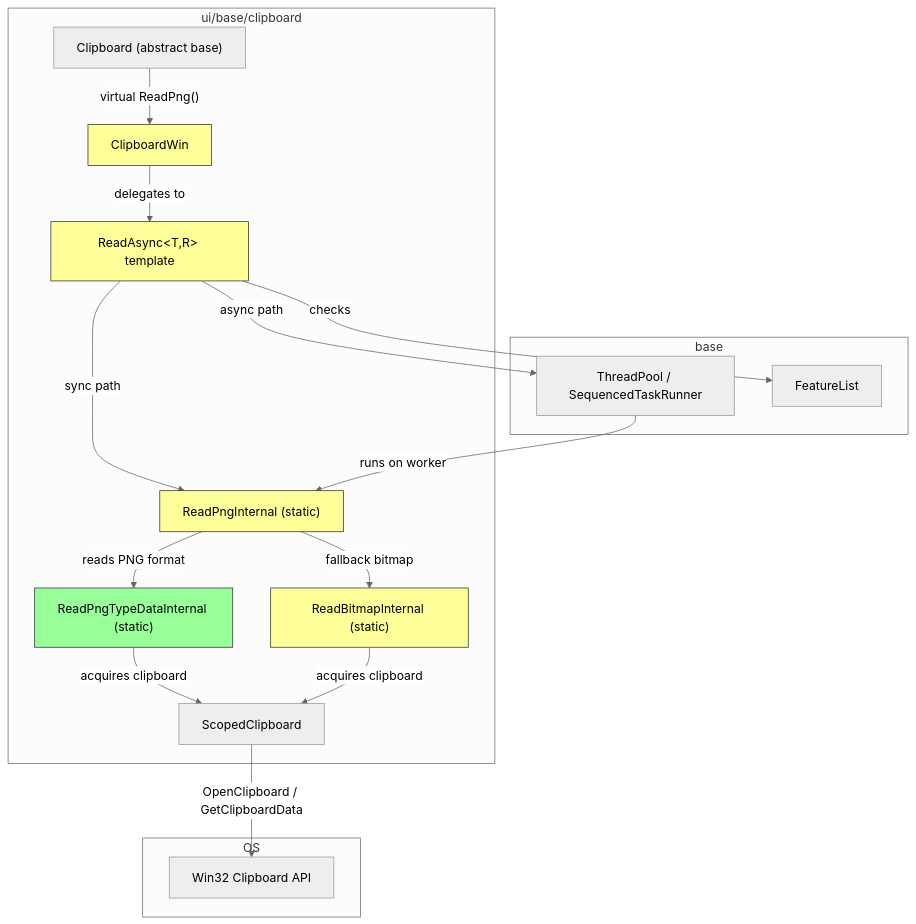
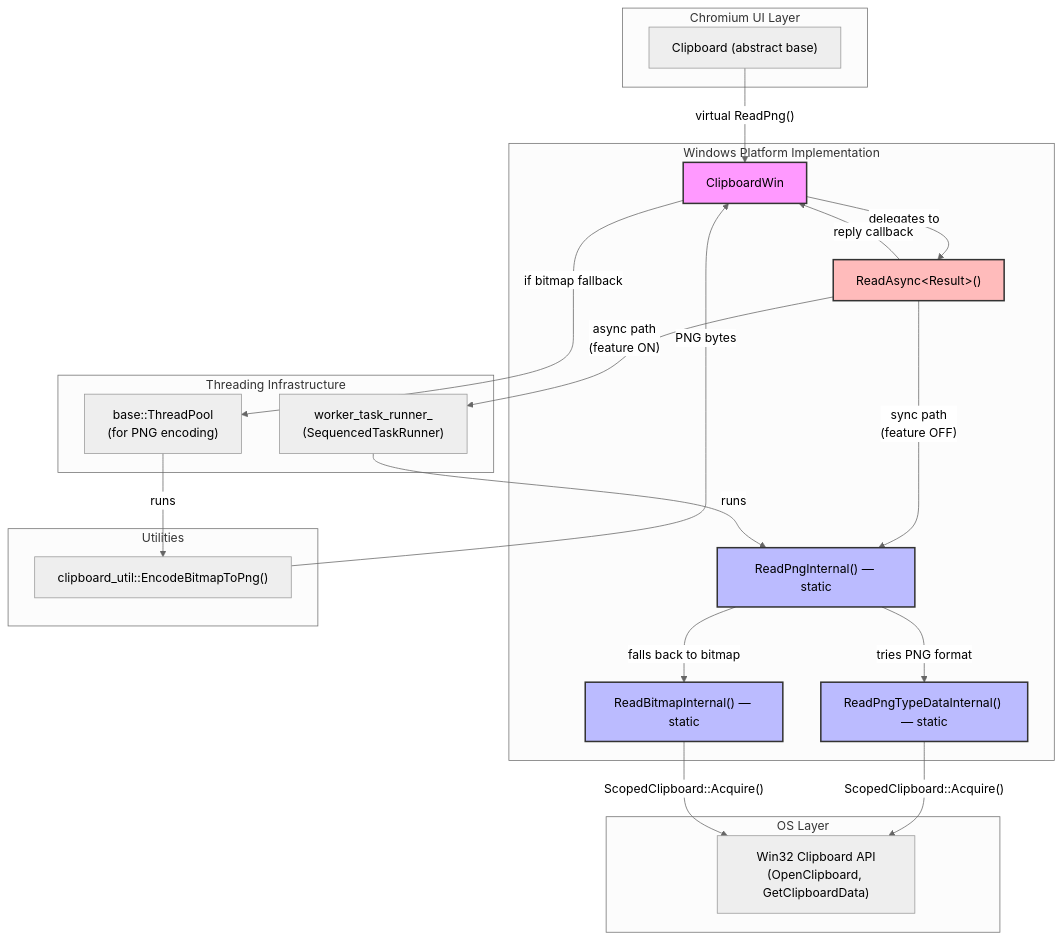
The first of 6 diagrams in fixes/cl-7578053-20260220/hld.md (roraja/cr-llm-docs), drawn with Mermaid (neutral theme) before and after one commit. The commit also changed other lines of this file, not shown here.

````diff
--- a/fixes/cl-7578053-20260220/hld.md
+++ b/fixes/cl-7578053-20260220/hld.md
@@ -30,39 +42,47 @@
 ```mermaid
 graph TD
-    subgraph "ui/base/clipboard"
+    subgraph "Chromium UI Layer"
         A["Clipboard (abstract base)"]
-        B["ClipboardWin"]
-        C["ReadAsync&lt;T,R&gt; template"]
-        D["ReadPngInternal (static)"]
-        E["ReadPngTypeDataInternal (static)"]
-        F["ReadBitmapInternal (static)"]
-        G["ScopedClipboard"]
     end
 
-    subgraph "base"
-        H["ThreadPool / SequencedTaskRunner"]
-        I["FeatureList"]
+    subgraph "Windows Platform Implementation"
+        B["ClipboardWin"]
+        C["ReadAsync&lt;Result&gt;()"]
+        D["ReadPngInternal() — static"]
+        E["ReadPngTypeDataInternal() — static"]
+        F["ReadBitmapInternal() — static"]
     end
 
-    subgraph "OS"
-        J["Win32 Clipboard API"]
+    subgraph "Threading Infrastructure"
+        G["worker_task_runner_<br/>(SequencedTaskRunner)"]
+        H["base::ThreadPool<br/>(for PNG encoding)"]
+    end
+
+    subgraph "OS Layer"
+        I["Win32 Clipboard API<br/>(OpenClipboard, GetClipboardData)"]
+    end
+
+    subgraph "Utilities"
+        J["clipboard_util::EncodeBitmapToPng()"]
     end
 
     A -->|"virtual ReadPng()"| B
     B -->|"delegates to"| C
-    C -->|"async path"| H
-    C -->|"sync path"| D
-    H -->|"runs on worker"| D
-    D -->|"reads PNG format"| E
-    D -->|"fallback bitmap"| F
-    E -->|"acquires clipboard"| G
-    F -->|"acquires clipboard"| G
-    G -->|"OpenClipboard / GetClipboardData"| J
-    C -->|"checks"| I
+    C -->|"async path<br/>(feature ON)"| G
+    C -->|"sync path<br/>(feature OFF)"| D
+    G -->|"runs"| D
+    D -->|"tries PNG format"| E
+    D -->|"falls back to bitmap"| F
+    E -->|"ScopedClipboard::Acquire()"| I
+    F -->|"ScopedClipboard::Acquire()"| I
+    C -->|"reply callback"| B
+    B -->|"if bitmap fallback"| H
+    H -->|"runs"| J
+    J -->|"PNG bytes"| B
 
-    style B fill:#ff9,stroke:#333
-    style C fill:#ff9,stroke:#333
-    style D fill:#ff9,stroke:#333
-    style E fill:#9f9,stroke:#333
-    style F fill:#ff9,stroke:#333
+    style B fill:#f9f,stroke:#333,stroke-width:2px
+    style D fill:#bbf,stroke:#333,stroke-width:2px
+    style E fill:#bbf,stroke:#333,stroke-width:2px
+    style F fill:#bbf,stroke:#333,stroke-width:2px
+    style C fill:#fbb,stroke:#333,stroke-width:2px
 ```
````
